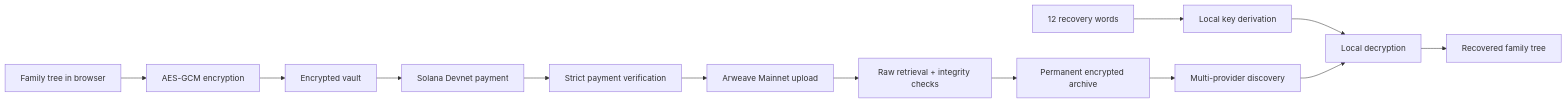
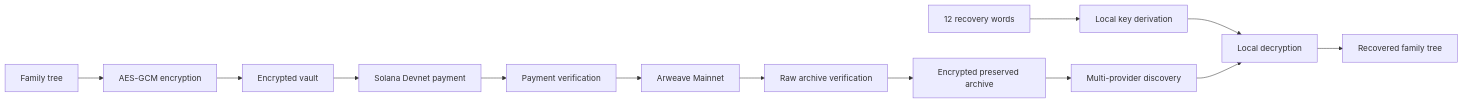
The diagram in README.md (azovskaya/sejire_arweave_solana), drawn with Mermaid before and after one commit. The commit also changed other lines of this file and 4 other files, not shown here.

````diff
--- a/README.md
+++ b/README.md
@@ -80,15 +78,15 @@
 ```mermaid
 flowchart LR
-    A[Family tree in browser] --> B[AES-GCM encryption]
+    A[Family tree] --> B[AES-GCM encryption]
     B --> C[Encrypted vault]
     C --> D[Solana Devnet payment]
-    D --> E[Strict payment verification]
-    E --> F[Arweave Mainnet upload]
-    F --> G[Raw retrieval + integrity checks]
-    G --> H[Permanent encrypted archive]
+    D --> E[Payment verification]
+    E --> F[Arweave Mainnet]
+    F --> G[Raw archive verification]
+    G --> H[Encrypted preserved archive]
     R[12 recovery words] --> I[Local key derivation]
     H --> J[Multi-provider discovery]
     I --> K[Local decryption]
     J --> K
     K --> L[Recovered family tree]
 ```
````
